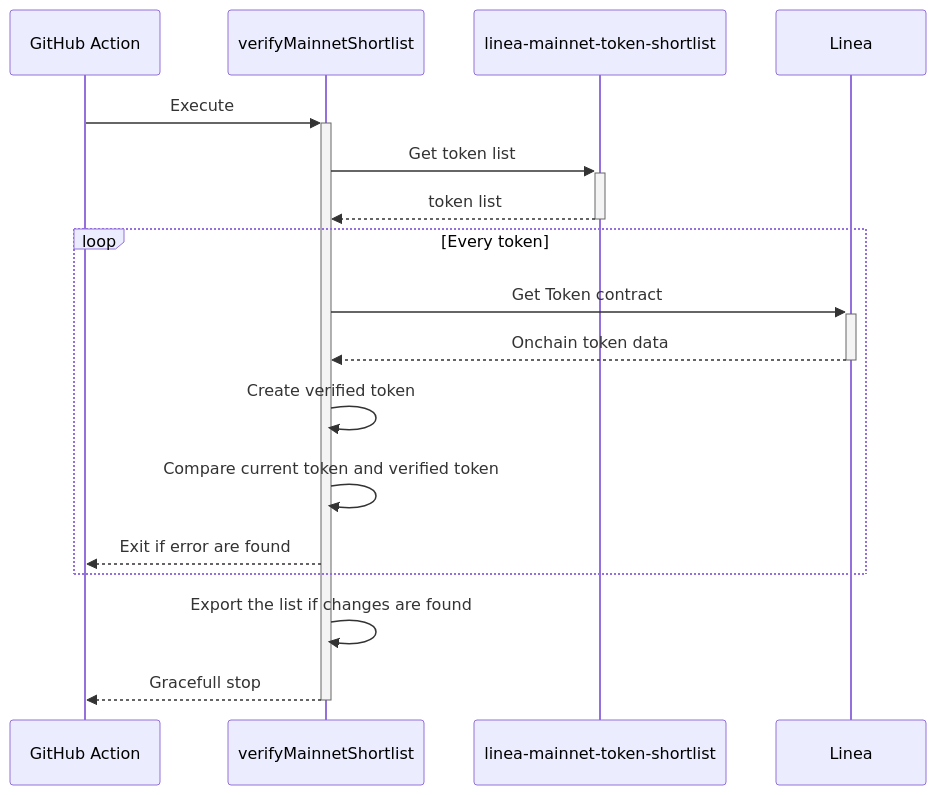
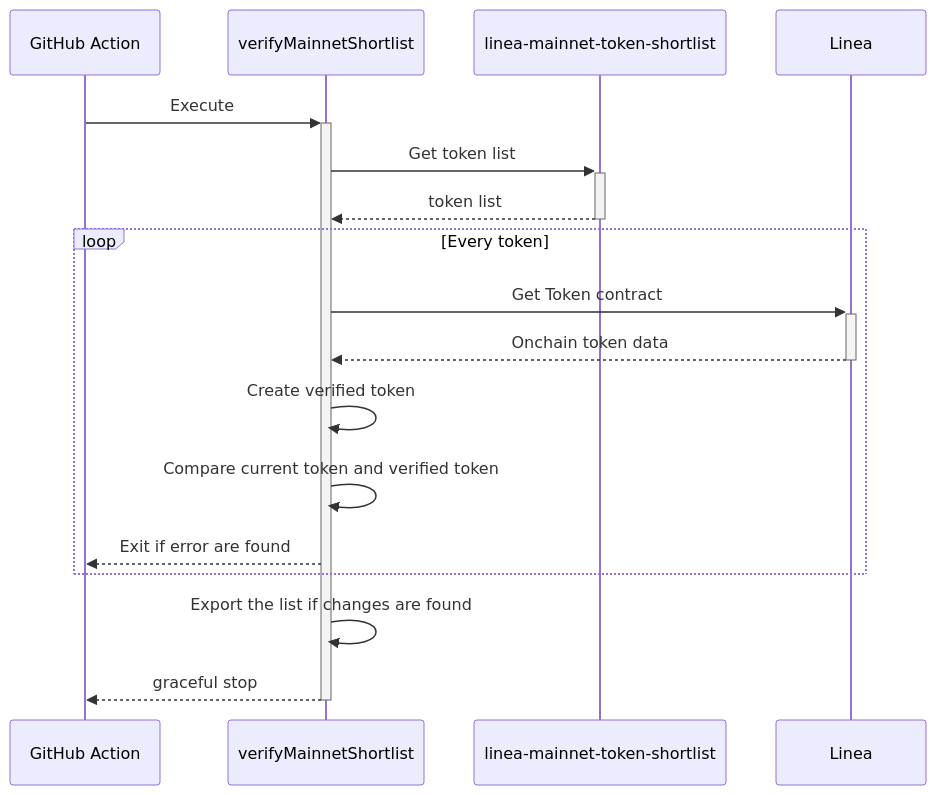
The diagram in docs/mermaid/diagrams/verify-mainnet-shortlist.mmd (Consensys/linea-token-list), drawn with Mermaid before and after one commit. The commit also changed 3 other files, not shown here.

```diff
--- a/docs/mermaid/diagrams/verify-mainnet-shortlist.mmd
+++ b/docs/mermaid/diagrams/verify-mainnet-shortlist.mmd
@@ -1,15 +1,15 @@
 sequenceDiagram
     GitHub Action->>+verifyMainnetShortlist: Execute
     verifyMainnetShortlist->>+linea-mainnet-token-shortlist: Get token list
     linea-mainnet-token-shortlist-->>-verifyMainnetShortlist: token list
 
     loop Every token
         verifyMainnetShortlist->>+Linea: Get Token contract
         Linea-->>-verifyMainnetShortlist: Onchain token data
         verifyMainnetShortlist->>verifyMainnetShortlist: Create verified token
         verifyMainnetShortlist->>verifyMainnetShortlist: Compare current token and verified token
         verifyMainnetShortlist-->>GitHub Action: Exit if error are found
         
     end
     verifyMainnetShortlist->>verifyMainnetShortlist: Export the list if changes are found
-    verifyMainnetShortlist-->>-GitHub Action: Gracefull stop
+    verifyMainnetShortlist-->>-GitHub Action: graceful stop
```
